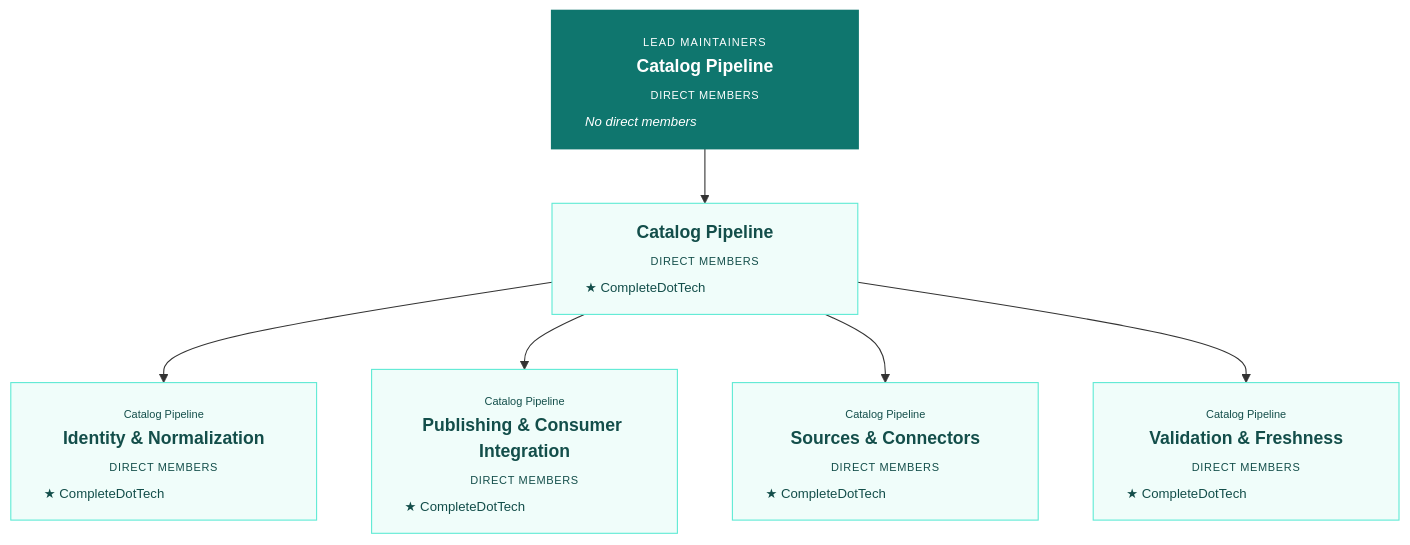
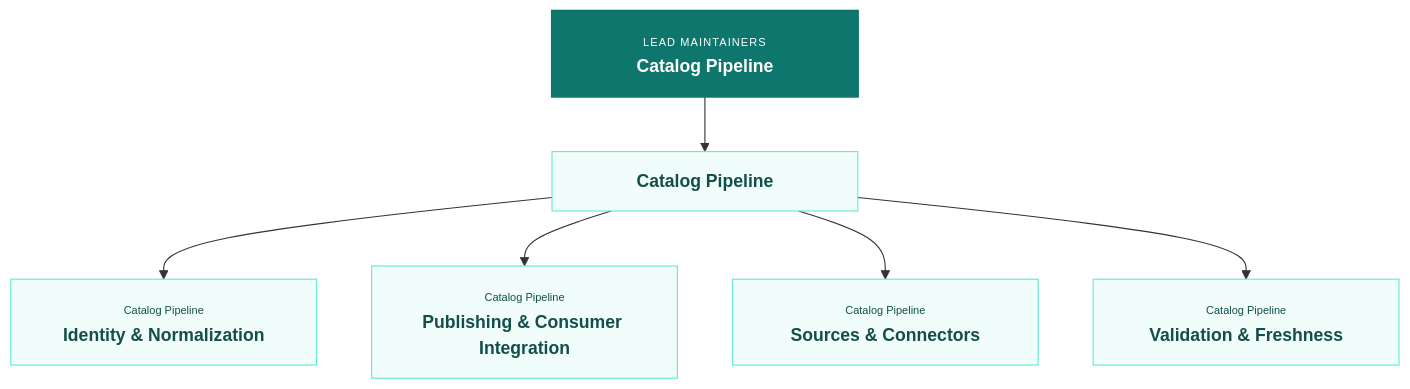
Before and after one commit to Pick-Your-AI/.github: the diagram in docs/organization/snapshots/2026-10-29/area-catalog-pipeline.mmd, drawn with Mermaid. The commit also changed 53 other files, not shown here.

Commit message:
Remove private membership data from public organization charts

```diff
--- a/docs/organization/snapshots/2026-10-29/area-catalog-pipeline.mmd
+++ b/docs/organization/snapshots/2026-10-29/area-catalog-pipeline.mmd
@@ -1,33 +1,33 @@
-%% Live GitHub snapshot 2026-10-30T02:33:56.069534+00:00
-%% Includes all direct members and pending invitees.
+%% Historical team hierarchy captured 2026-10-30T02:33:56.069534+00:00
+%% Public team structure only; personal data excluded.
 flowchart TB
- team_20398347["<div style='width:218px;text-align:center;line-height:1.5'><b>Catalog Pipeline</b><br/><span style='font-size:10px;letter-spacing:0.6px'>DIRECT MEMBERS</span><div style='font-size:12px;text-align:left;margin-top:5px'>★ CompleteDotTech</div></div>"]:::research
- team_20423781["<div style='width:218px;text-align:center;line-height:1.5'><span style='font-size:10px'>Catalog Pipeline</span><br/><b>Identity &amp; Normalization</b><br/><span style='font-size:10px;letter-spacing:0.6px'>DIRECT MEMBERS</span><div style='font-size:12px;text-align:left;margin-top:5px'>★ CompleteDotTech</div></div>"]:::research
- team_20423784["<div style='width:218px;text-align:center;line-height:1.5'><span style='font-size:10px'>Catalog Pipeline</span><br/><b>Publishing &amp; Consumer Integration</b><br/><span style='font-size:10px;letter-spacing:0.6px'>DIRECT MEMBERS</span><div style='font-size:12px;text-align:left;margin-top:5px'>★ CompleteDotTech</div></div>"]:::research
- team_20423777["<div style='width:218px;text-align:center;line-height:1.5'><span style='font-size:10px'>Catalog Pipeline</span><br/><b>Sources &amp; Connectors</b><br/><span style='font-size:10px;letter-spacing:0.6px'>DIRECT MEMBERS</span><div style='font-size:12px;text-align:left;margin-top:5px'>★ CompleteDotTech</div></div>"]:::research
- team_20423782["<div style='width:218px;text-align:center;line-height:1.5'><span style='font-size:10px'>Catalog Pipeline</span><br/><b>Validation &amp; Freshness</b><br/><span style='font-size:10px;letter-spacing:0.6px'>DIRECT MEMBERS</span><div style='font-size:12px;text-align:left;margin-top:5px'>★ CompleteDotTech</div></div>"]:::research
- team_20421773["<div style='width:218px;text-align:center;line-height:1.5'><span style='font-size:10px;letter-spacing:1px'>LEAD MAINTAINERS</span><br/><b>Catalog Pipeline</b><br/><span style='font-size:10px;letter-spacing:0.6px'>DIRECT MEMBERS</span><div style='font-size:12px;text-align:left;margin-top:5px'><span style='font-style:italic'>No direct members</span></div></div>"]:::researchLead
+ team_20398347["<div style='width:218px;text-align:center;line-height:1.5'><b>Catalog Pipeline</b></div>"]:::research
+ team_20423781["<div style='width:218px;text-align:center;line-height:1.5'><span style='font-size:10px'>Catalog Pipeline</span><br/><b>Identity &amp; Normalization</b></div>"]:::research
+ team_20423784["<div style='width:218px;text-align:center;line-height:1.5'><span style='font-size:10px'>Catalog Pipeline</span><br/><b>Publishing &amp; Consumer Integration</b></div>"]:::research
+ team_20423777["<div style='width:218px;text-align:center;line-height:1.5'><span style='font-size:10px'>Catalog Pipeline</span><br/><b>Sources &amp; Connectors</b></div>"]:::research
+ team_20423782["<div style='width:218px;text-align:center;line-height:1.5'><span style='font-size:10px'>Catalog Pipeline</span><br/><b>Validation &amp; Freshness</b></div>"]:::research
+ team_20421773["<div style='width:218px;text-align:center;line-height:1.5'><span style='font-size:10px;letter-spacing:1px'>LEAD MAINTAINERS</span><br/><b>Catalog Pipeline</b></div>"]:::researchLead
  team_20421773 --> team_20398347
  team_20398347 --> team_20423781
  team_20398347 --> team_20423784
  team_20398347 --> team_20423777
  team_20398347 --> team_20423782
 
  classDef owner fill:#102f3e,stroke:#102f3e,color:#fff,stroke-width:2px;
  classDef governance fill:#edf2f7,stroke:#94a3b8,color:#243c4b;
  classDef researchLead fill:#0f766e,stroke:#0f766e,color:#fff,stroke-width:2px;
  classDef research fill:#f0fdfa,stroke:#5eead4,color:#134e4a;
  classDef webLead fill:#1d4ed8,stroke:#1d4ed8,color:#fff,stroke-width:2px;
  classDef web fill:#eff6ff,stroke:#93c5fd,color:#1e3a8a;
  classDef mobileLead fill:#6d28d9,stroke:#6d28d9,color:#fff,stroke-width:2px;
  classDef mobile fill:#f5f3ff,stroke:#c4b5fd,color:#4c1d95;
  classDef educationLead fill:#c2410c,stroke:#c2410c,color:#fff,stroke-width:2px;
  classDef education fill:#fff7ed,stroke:#fdba74,color:#7c2d12;
  classDef community fill:#fffbeb,stroke:#fbbf24,color:#78350f;
 
  click team_20398347 "https://github.com/orgs/Pick-Your-AI/teams/catalog-pipeline" "Catalog Pipeline" _blank
  click team_20423781 "https://github.com/orgs/Pick-Your-AI/teams/catalog-pipeline-identity-normalization" "Catalog Pipeline - Identity &amp; Normalization" _blank
  click team_20423784 "https://github.com/orgs/Pick-Your-AI/teams/catalog-pipeline-publishing-consumer-integration" "Catalog Pipeline - Publishing &amp; Consumer Integration" _blank
  click team_20423777 "https://github.com/orgs/Pick-Your-AI/teams/catalog-pipeline-sources-connectors" "Catalog Pipeline - Sources &amp; Connectors" _blank
  click team_20423782 "https://github.com/orgs/Pick-Your-AI/teams/catalog-pipeline-validation-freshness" "Catalog Pipeline - Validation &amp; Freshness" _blank
  click team_20421773 "https://github.com/orgs/Pick-Your-AI/teams/lead-maintainers-catalog-pipeline" "Lead Maintainers - Catalog Pipeline" _blank
```
